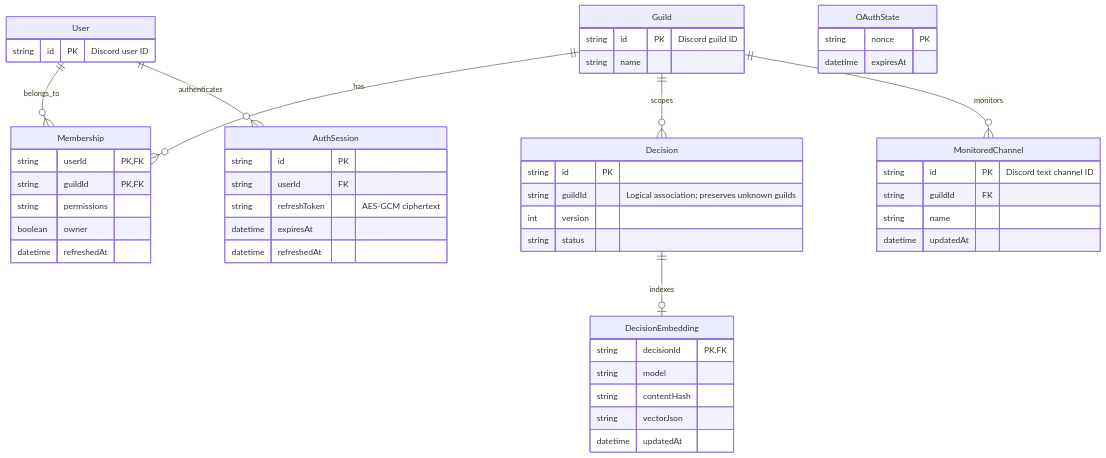
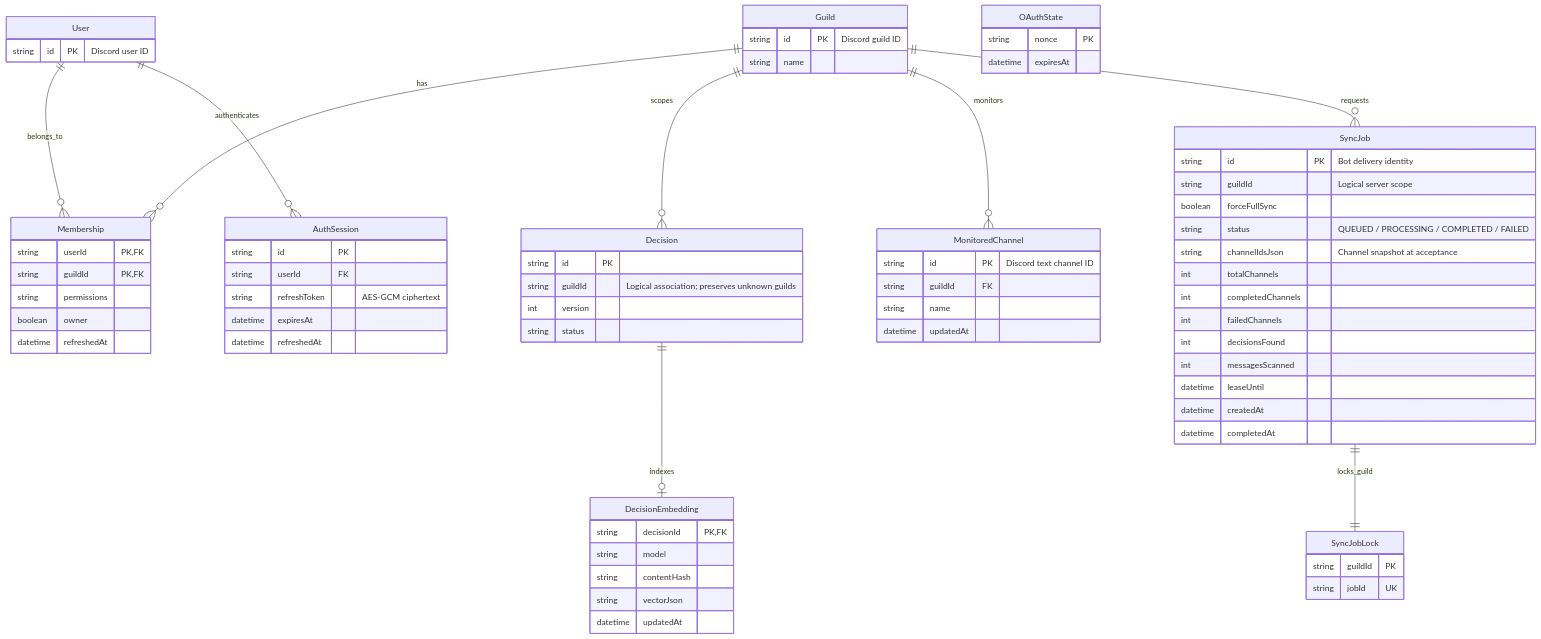
Before and after one commit to WooDDANG/ggadak: the diagram in docs/diagrams/v1-data-model.md, drawn with Mermaid. The commit also changed other lines of this file and 25 other files, not shown here.

````diff
--- a/docs/diagrams/v1-data-model.md
+++ b/docs/diagrams/v1-data-model.md
@@ -3,53 +3,74 @@
 ```mermaid
 erDiagram
   Decision ||--o| DecisionEmbedding : indexes
   DecisionEmbedding {
     string decisionId PK,FK
     string model
     string contentHash
     string vectorJson
     datetime updatedAt
   }
   User ||--o{ Membership : belongs_to
   Guild ||--o{ Membership : has
   User ||--o{ AuthSession : authenticates
   Guild ||--o{ Decision : scopes
   Guild ||--o{ MonitoredChannel : monitors
+  Guild ||--o{ SyncJob : requests
+  SyncJob ||--|| SyncJobLock : locks_guild
   MonitoredChannel {
     string id PK "Discord text channel ID"
     string guildId FK
     string name
     datetime updatedAt
+  }
+  SyncJob {
+    string id PK "Bot delivery identity"
+    string guildId "Logical server scope"
+    boolean forceFullSync
+    string status "QUEUED / PROCESSING / COMPLETED / FAILED"
+    string channelIdsJson "Channel snapshot at acceptance"
+    int totalChannels
+    int completedChannels
+    int failedChannels
+    int decisionsFound
+    int messagesScanned
+    datetime leaseUntil
+    datetime createdAt
+    datetime completedAt
+  }
+  SyncJobLock {
+    string guildId PK
+    string jobId UK
   }
   User {
     string id PK "Discord user ID"
   }
   Guild {
     string id PK "Discord guild ID"
     string name
   }
   Membership {
     string userId PK,FK
     string guildId PK,FK
     string permissions
     boolean owner
     datetime refreshedAt
   }
   AuthSession {
     string id PK
     string userId FK
     string refreshToken "AES-GCM ciphertext"
     datetime expiresAt
     datetime refreshedAt
   }
   OAuthState {
     string nonce PK
     datetime expiresAt
   }
   Decision {
     string id PK
     string guildId "Logical association; preserves unknown guilds"
     int version
     string status
   }
 ```
````
